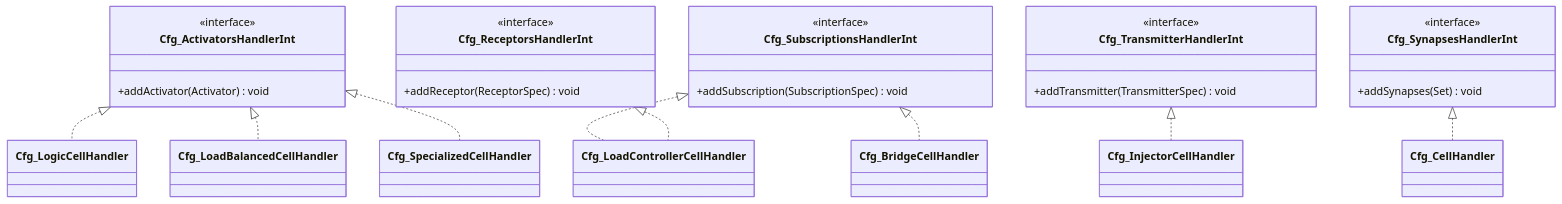
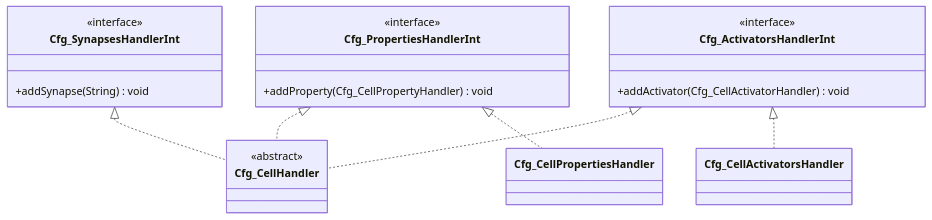
Before and after one commit to commence-software/NeuPaths2: the ninth of 12 diagrams in documents/design/03-subsystems.md, drawn with Mermaid. The commit also changed other lines of this file and 9 other files, not shown here.

````diff
--- a/documents/design/03-subsystems.md
+++ b/documents/design/03-subsystems.md
@@ -401,32 +506,24 @@
 ```mermaid
 classDiagram
-    class Cfg_ActivatorsHandlerInt {
+    class Cfg_PropertiesHandlerInt {
         <<interface>>
-        +addActivator(Activator) void
-    }
-    class Cfg_ReceptorsHandlerInt {
-        <<interface>>
-        +addReceptor(ReceptorSpec) void
-    }
-    class Cfg_SubscriptionsHandlerInt {
-        <<interface>>
-        +addSubscription(SubscriptionSpec) void
-    }
-    class Cfg_TransmitterHandlerInt {
-        <<interface>>
-        +addTransmitter(TransmitterSpec) void
+        +addProperty(Cfg_CellPropertyHandler) void
     }
     class Cfg_SynapsesHandlerInt {
         <<interface>>
-        +addSynapses(Set) void
+        +addSynapse(String) void
+    }
+    class Cfg_ActivatorsHandlerInt {
+        <<interface>>
+        +addActivator(Cfg_CellActivatorHandler) void
+    }
+    class Cfg_CellHandler {
+        <<abstract>>
     }
 
-    Cfg_ActivatorsHandlerInt <|.. Cfg_LogicCellHandler
-    Cfg_ActivatorsHandlerInt <|.. Cfg_LoadBalancedCellHandler
-    Cfg_ActivatorsHandlerInt <|.. Cfg_SpecializedCellHandler
-    Cfg_SubscriptionsHandlerInt <|.. Cfg_BridgeCellHandler
-    Cfg_SubscriptionsHandlerInt <|.. Cfg_LoadControllerCellHandler
-    Cfg_ReceptorsHandlerInt <|.. Cfg_LoadControllerCellHandler
-    Cfg_TransmitterHandlerInt <|.. Cfg_InjectorCellHandler
+    Cfg_PropertiesHandlerInt <|.. Cfg_CellHandler
     Cfg_SynapsesHandlerInt <|.. Cfg_CellHandler
+    Cfg_ActivatorsHandlerInt <|.. Cfg_CellHandler
+    Cfg_PropertiesHandlerInt <|.. Cfg_CellPropertiesHandler
+    Cfg_ActivatorsHandlerInt <|.. Cfg_CellActivatorsHandler
 ```
````
